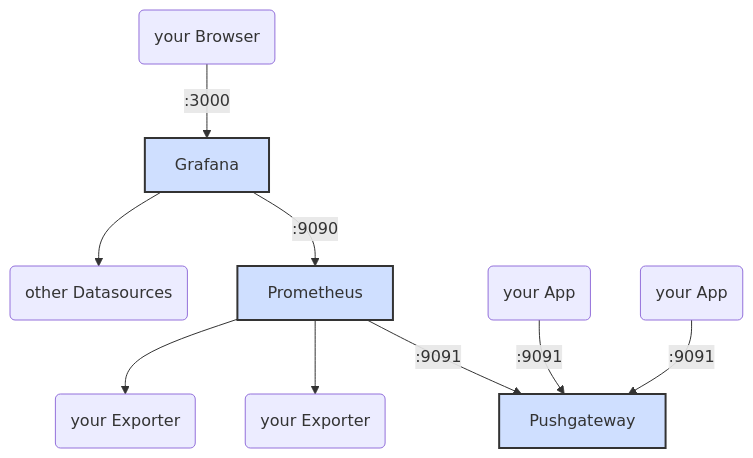
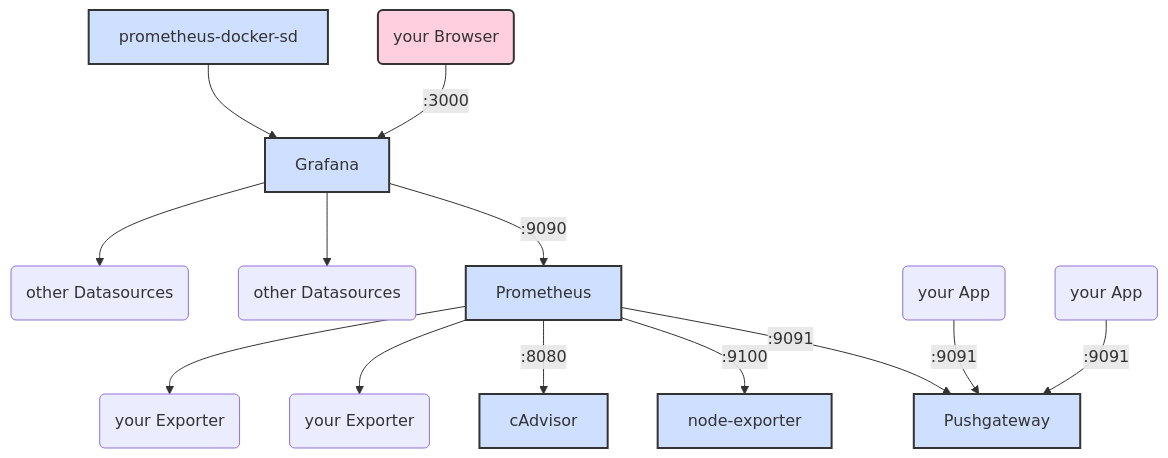
The diagram in docs/diagram.md (stuckyhm/prometheus-grafana-stack), drawn with Mermaid before and after one commit. The commit also changed 2 other files, not shown here.

Commit message:
extend README

````diff
--- a/docs/diagram.md
+++ b/docs/diagram.md
@@ -1,14 +1,22 @@
 ```mermaid
 graph TD
 Z(your Browser) -- :3000 --> A(Prometheus)
+K[prometheus-docker-sd] --> A
 A[Grafana] -- :9090 --> B[Prometheus]
 A --> C(other Datasources)
+A --> L(other Datasources)
 B -- :9091 --> D[Pushgateway]
+B -- :9100 --> I[node-exporter]
+B -- :8080 --> J[cAdvisor]
 B --> E(your Exporter)
 B --> F(your Exporter)
 G(your App) -- :9091 --> D
 H(your App) -- :9091 --> D
 style A fill:#cfdfff,stroke:#333,stroke-width:2px
 style B fill:#cfdfff,stroke:#333,stroke-width:2px
 style D fill:#cfdfff,stroke:#333,stroke-width:2px
+style I fill:#cfdfff,stroke:#333,stroke-width:2px
+style J fill:#cfdfff,stroke:#333,stroke-width:2px
+style K fill:#cfdfff,stroke:#333,stroke-width:2px
+style Z fill:#ffcfdf,stroke:#333,stroke-width:2px
 ```
````
